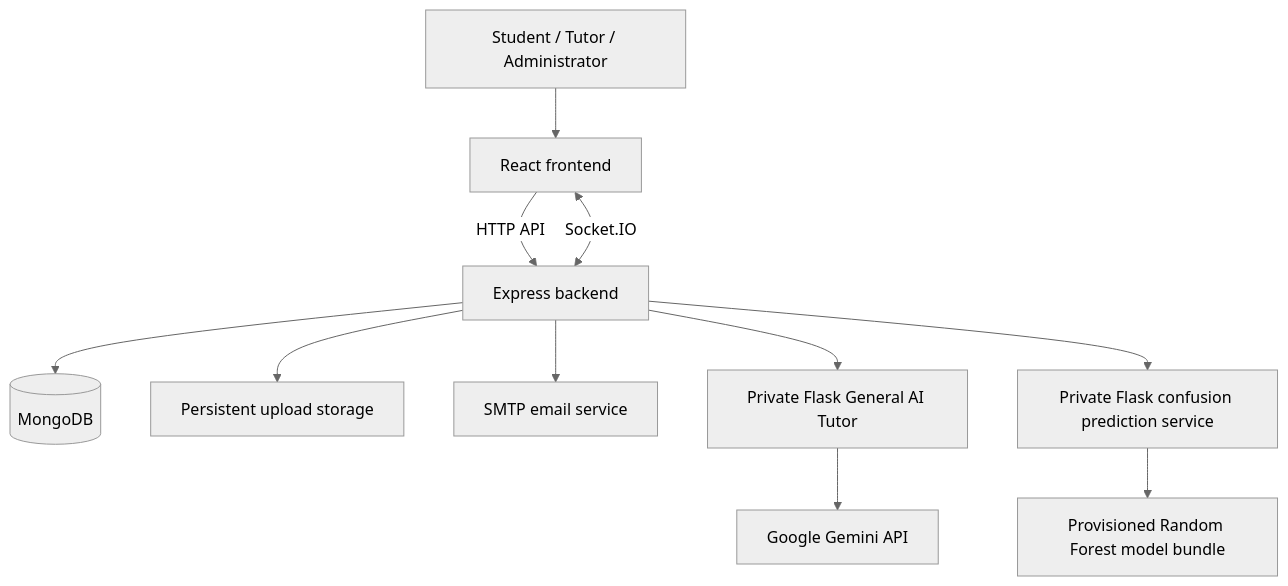
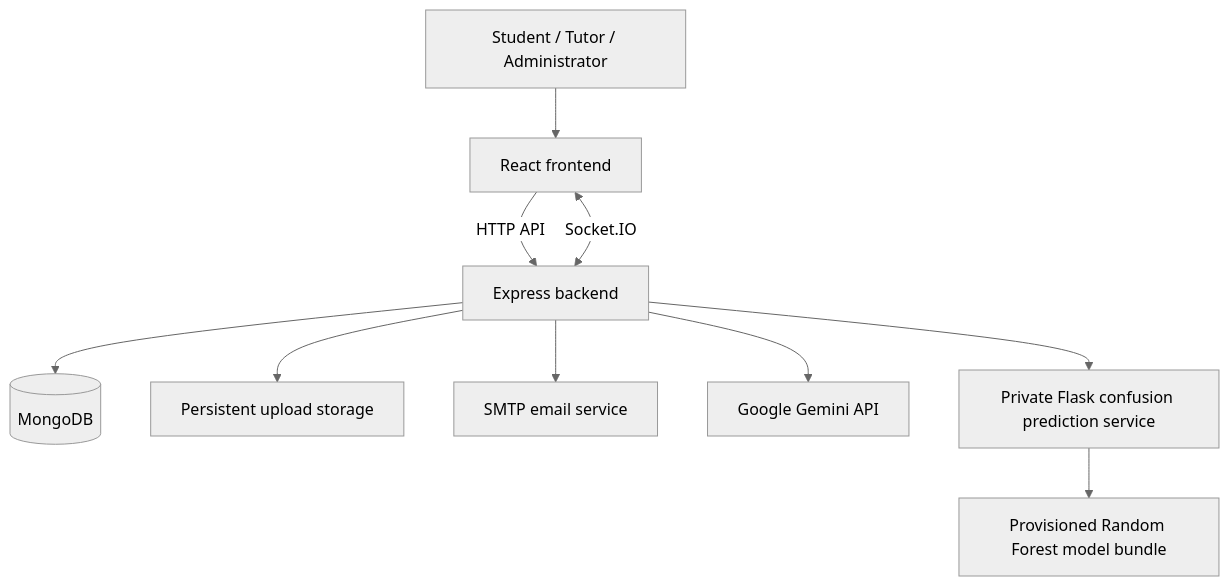
Before and after one commit to cyon003/EDUNova: the diagram in docs/PROJECT_REPORT.md, drawn with Mermaid (neutral theme). The commit also changed other lines of this file and 34 other files, not shown here.

````diff
--- a/docs/PROJECT_REPORT.md
+++ b/docs/PROJECT_REPORT.md
@@ -77,13 +77,12 @@
 ```mermaid
 flowchart TD
     U[Student / Tutor / Administrator] --> F[React frontend]
     F -->|HTTP API| B[Express backend]
     F <-->|Socket.IO| B
     B --> D[(MongoDB)]
     B --> S[Persistent upload storage]
     B --> E[SMTP email service]
-    B --> C[Private Flask General AI Tutor]
-    C --> G[Google Gemini API]
+    B --> G[Google Gemini API]
     B --> P[Private Flask confusion prediction service]
     P --> M[Provisioned Random Forest model bundle]
 ```
````
